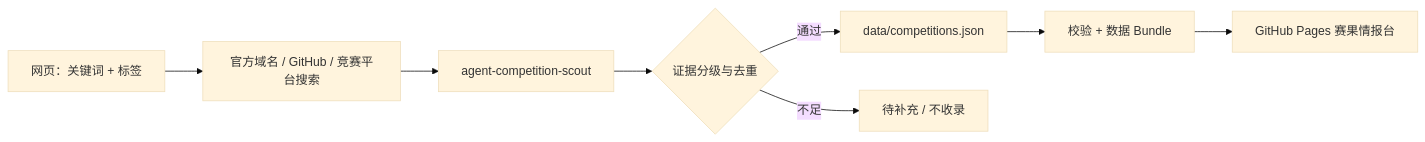
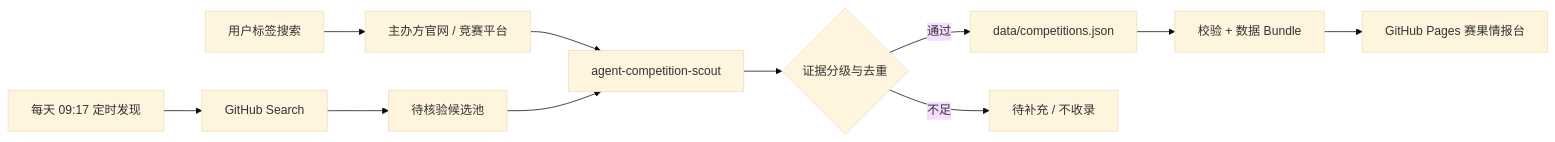
Before and after one commit to carpentry-liu/agent-skill-podium: the diagram in README.md, drawn with Mermaid (base theme). The commit also changed other lines of this file and 11 other files, not shown here.

````diff
--- a/README.md
+++ b/README.md
@@ -38,10 +38,13 @@
 ```mermaid
 flowchart LR
-    A[网页：关键词 + 标签] --> B[官方域名 / GitHub / 竞赛平台搜索]
-    B --> C[agent-competition-scout]
+    X[每天 09:17 定时发现] --> B[GitHub Search]
+    U[用户标签搜索] --> S[主办方官网 / 竞赛平台]
+    B --> A[待核验候选池]
+    S --> C[agent-competition-scout]
+    A --> C
     C --> D{证据分级与去重}
     D -->|通过| E[data/competitions.json]
     D -->|不足| F[待补充 / 不收录]
     E --> G[校验 + 数据 Bundle]
     G --> H[GitHub Pages 赛果情报台]
 ```
````
